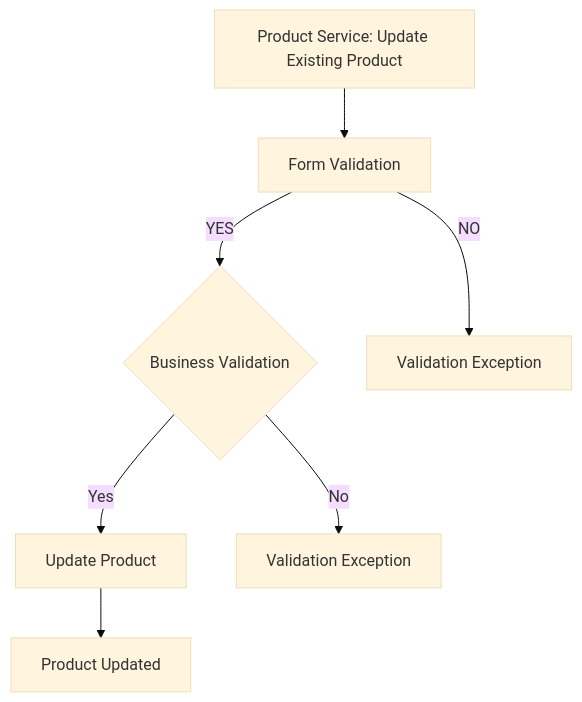
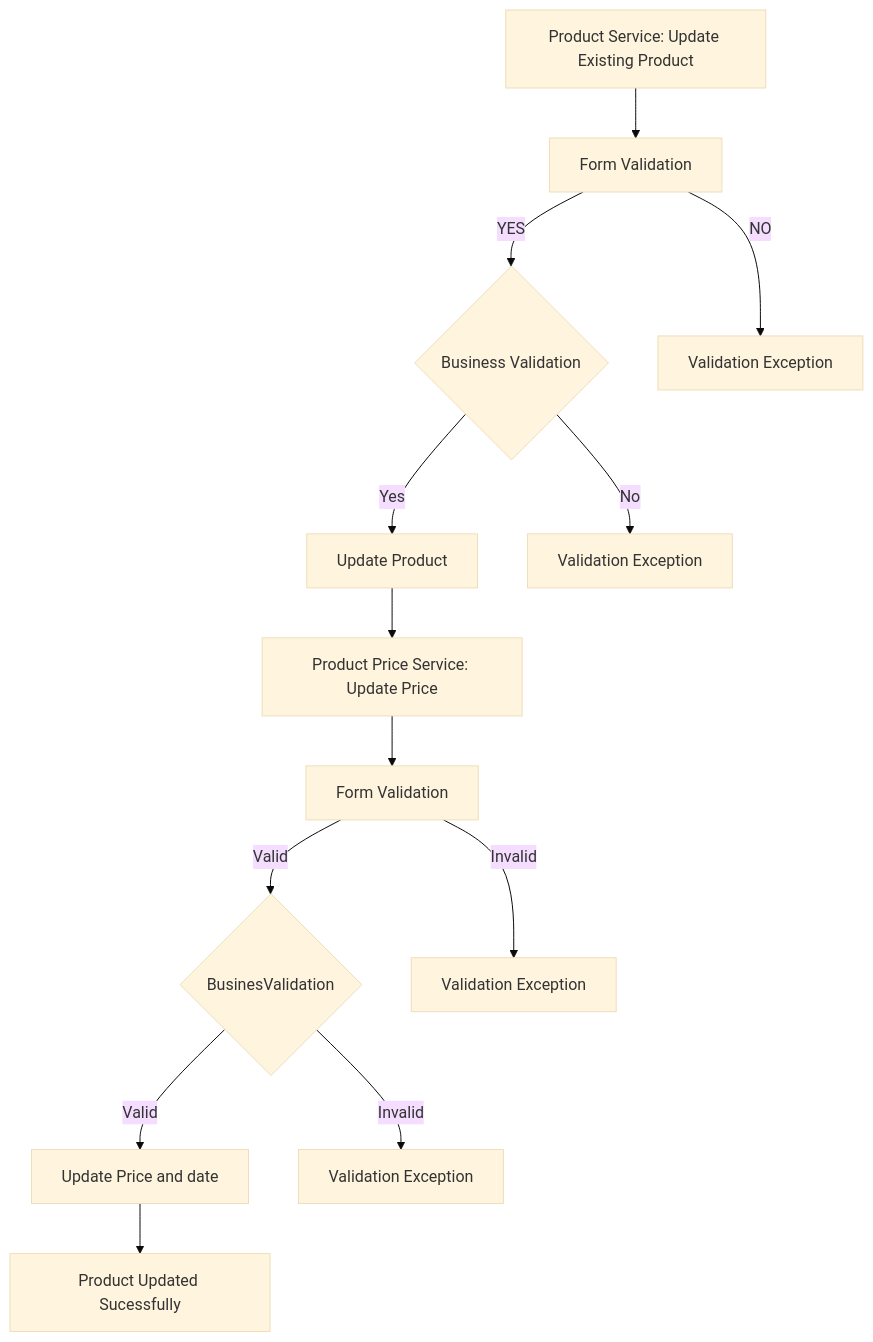
Before and after one commit to fssa-batch3/sec_b_inbalokesh.esakkipandi__corejava_project_2: the sixth of 9 diagrams in README.md, drawn with Mermaid (base theme). The commit also changed other lines of this file, not shown here.

````diff
--- a/README.md
+++ b/README.md
@@ -218,8 +256,13 @@
 ```mermaid
 graph TD;
   A["Product Service: Update Existing Product"] --> B["Form Validation"]-- YES --> C{Business Validation}
   B -- NO --> G["Validation Exception"]
   C -- Yes --> D["Update Product"]
-  D --> E["Product Updated"]
   C -- No --> F["Validation Exception"]
+  D --> E[Product Price Service: Update Price]
+  E --> H[Form Validation] -- Valid --> I{BusinesValidation}
+  H -- Invalid --> J[Validation Exception]
+  I -- Valid --> K[Update Price and date]
+  I -- Invalid --> L[Validation Exception]
+  K --> M[Product Updated Sucessfully]
 ```
````
